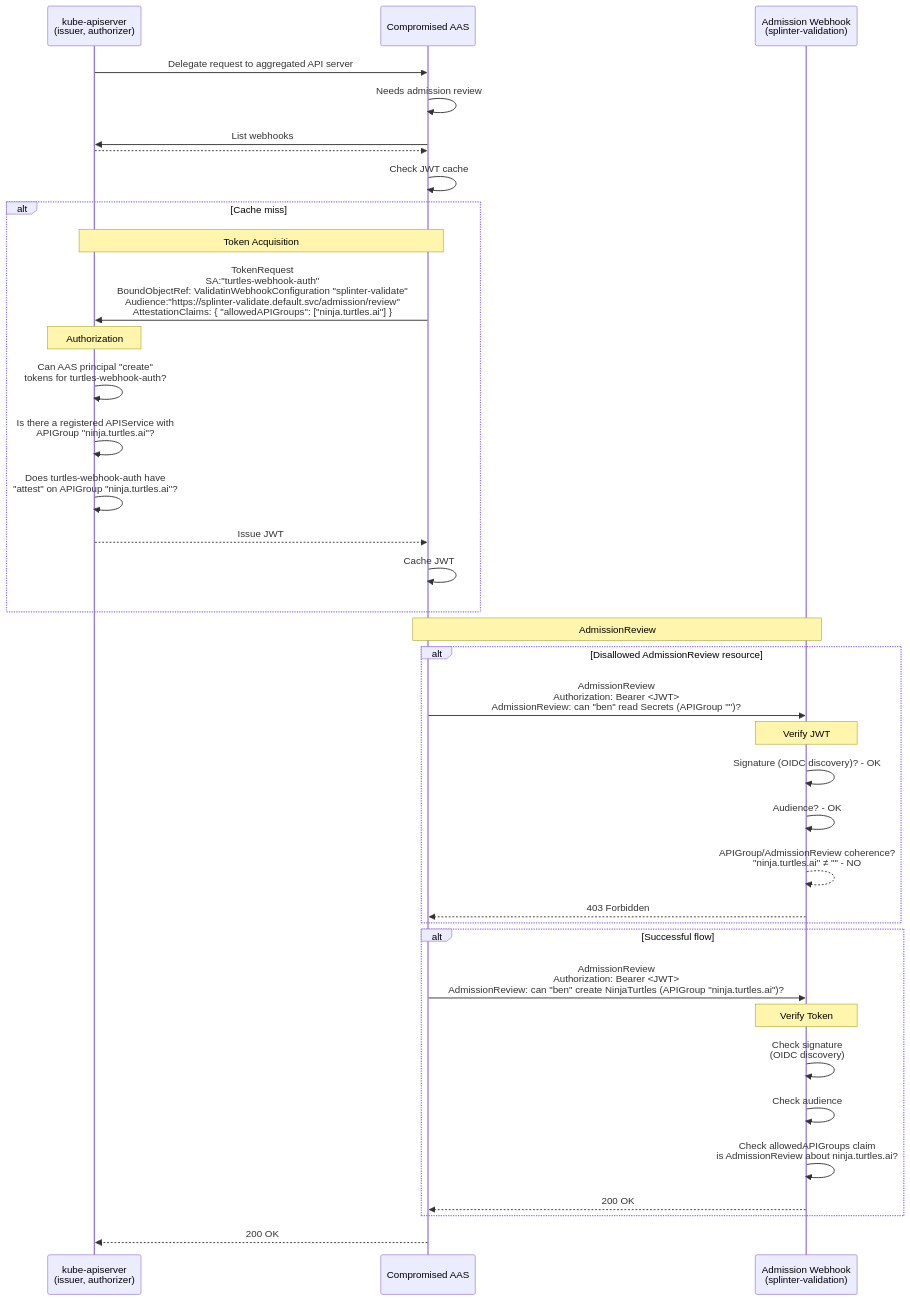
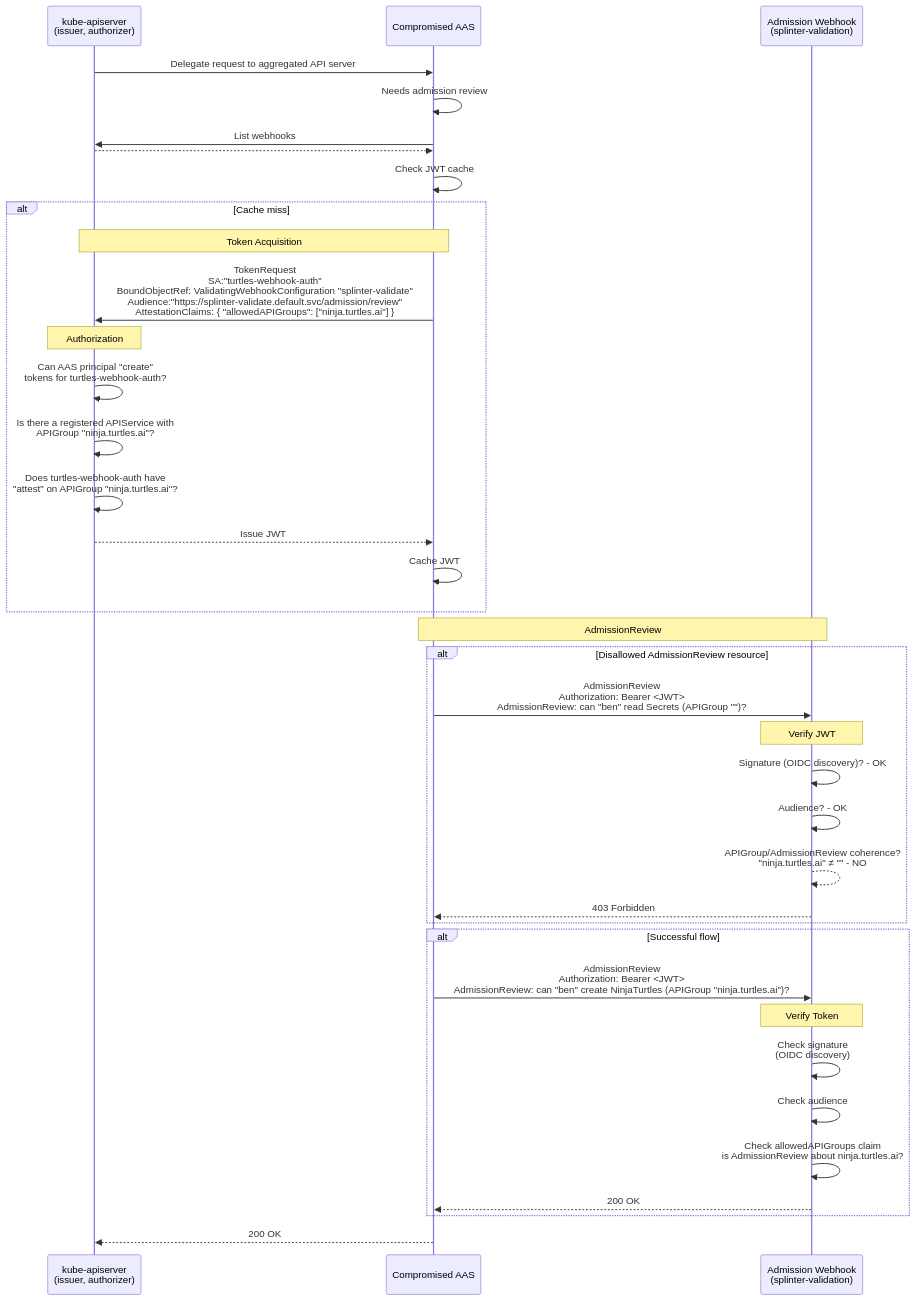
The third of 3 diagrams in keps/sig-auth/6060-api-server-authentication-to-webhooks/README.md (pmengelbert/enhancements), drawn with Mermaid before and after one commit. The commit also changed other lines of this file, not shown here.

Commit message:
Add changes to TokenRequest API

````diff
--- a/keps/sig-auth/6060-api-server-authentication-to-webhooks/README.md
+++ b/keps/sig-auth/6060-api-server-authentication-to-webhooks/README.md
@@ -441,50 +441,50 @@
 ```mermaid
 sequenceDiagram
     participant KAS as kube-apiserver<br/>(issuer, authorizer)
     participant AAS as Compromised AAS
     participant Webhook as Admission Webhook<br/>(splinter-validation)
 
     KAS->>AAS: Delegate request to aggregated API server
     AAS->>AAS: Needs admission review
     AAS->>KAS: List webhooks
     KAS-->>AAS: #%20;
 
     AAS->>AAS: Check JWT cache
     alt Cache miss
         Note over KAS,AAS: Token Acquisition
-        AAS->>KAS: TokenRequest<br/>SA:"turtles-webhook-auth"<br/>BoundObjectRef: ValidatinWebhookConfiguration "splinter-validate"<br/>Audience:"https://splinter-validate.default.svc/admission/review"<br/>AttestationClaims: { "allowedAPIGroups": ["ninja.turtles.ai"] }
+        AAS->>KAS: TokenRequest<br/>SA:"turtles-webhook-auth"<br/>BoundObjectRef: ValidatingWebhookConfiguration "splinter-validate"<br/>Audience:"https://splinter-validate.default.svc/admission/review"<br/>AttestationClaims: { "allowedAPIGroups": ["ninja.turtles.ai"] }
 
         Note over KAS: Authorization
         KAS->>KAS: Can AAS principal "create"<br/>tokens for turtles-webhook-auth?
         KAS->>KAS: Is there a registered APIService with <br/>APIGroup "ninja.turtles.ai"?
         KAS->>KAS: Does turtles-webhook-auth have<br/>"attest" on APIGroup "ninja.turtles.ai"?
 
         KAS-->>AAS: Issue JWT
         AAS->>AAS: Cache JWT
     end
 
     Note over AAS,Webhook: AdmissionReview
     alt Disallowed AdmissionReview resource
         AAS->>Webhook: AdmissionReview<br/>Authorization: Bearer <JWT><br/>AdmissionReview: can "ben" read Secrets (APIGroup "")?
 
         Note over Webhook: Verify JWT
         Webhook->>Webhook: Signature (OIDC discovery)? - OK
         Webhook->>Webhook: Audience? - OK
         Webhook-->>Webhook: APIGroup/AdmissionReview coherence?<br/>"ninja.turtles.ai" ≠ "" - NO
 
         Webhook-->>AAS: 403 Forbidden
     end
 
     alt Successful flow
         AAS->>Webhook: AdmissionReview<br/>Authorization: Bearer <JWT><br/>AdmissionReview: can "ben" create NinjaTurtles (APIGroup "ninja.turtles.ai")?
 
         Note over Webhook: Verify Token
         Webhook->>Webhook: Check signature<br/>(OIDC discovery)
         Webhook->>Webhook: Check audience
         Webhook->>Webhook: Check allowedAPIGroups claim<br/>is AdmissionReview about ninja.turtles.ai?
 
         Webhook-->>AAS: 200 OK
     end
 
     AAS-->>KAS: 200 OK
 ```
````
